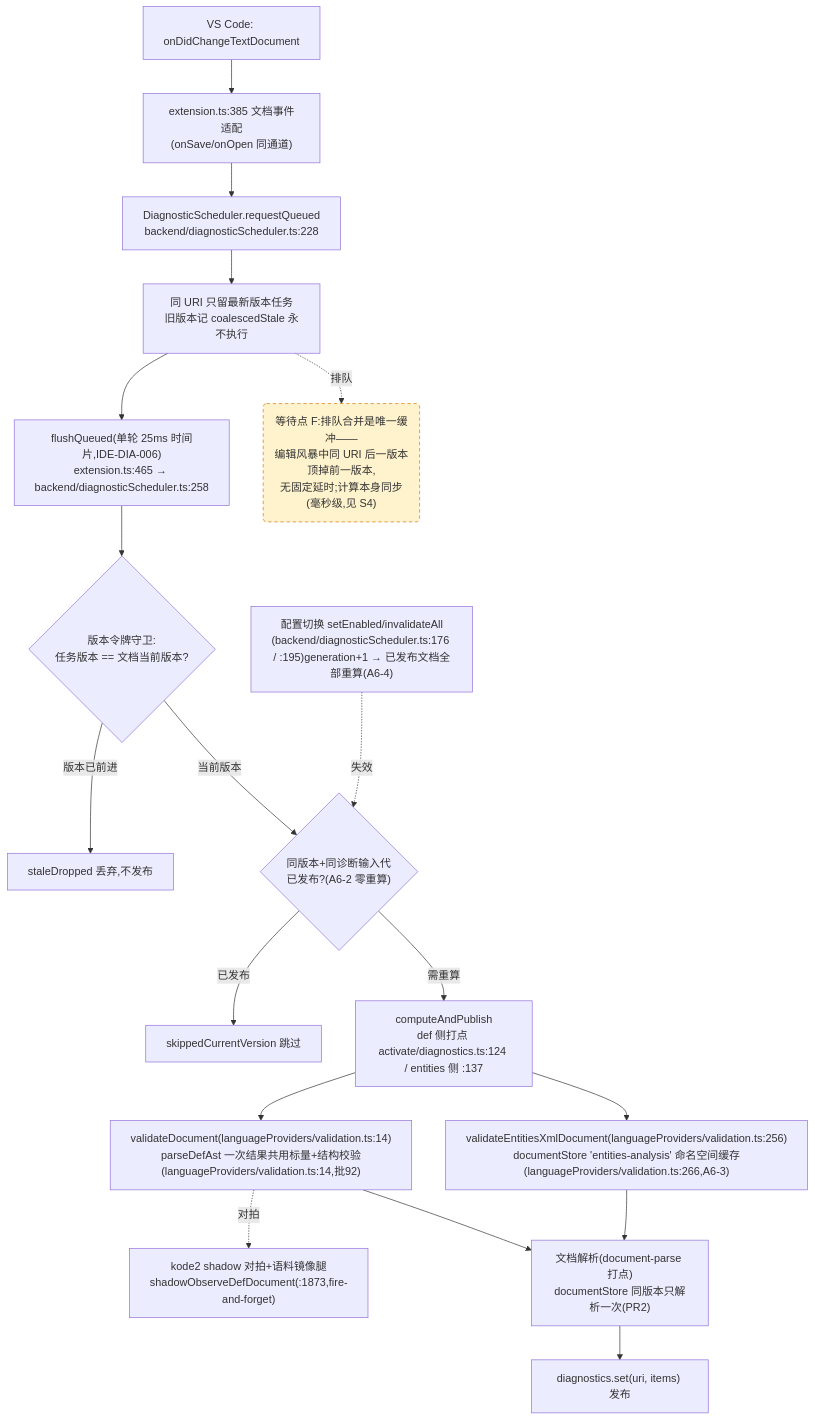
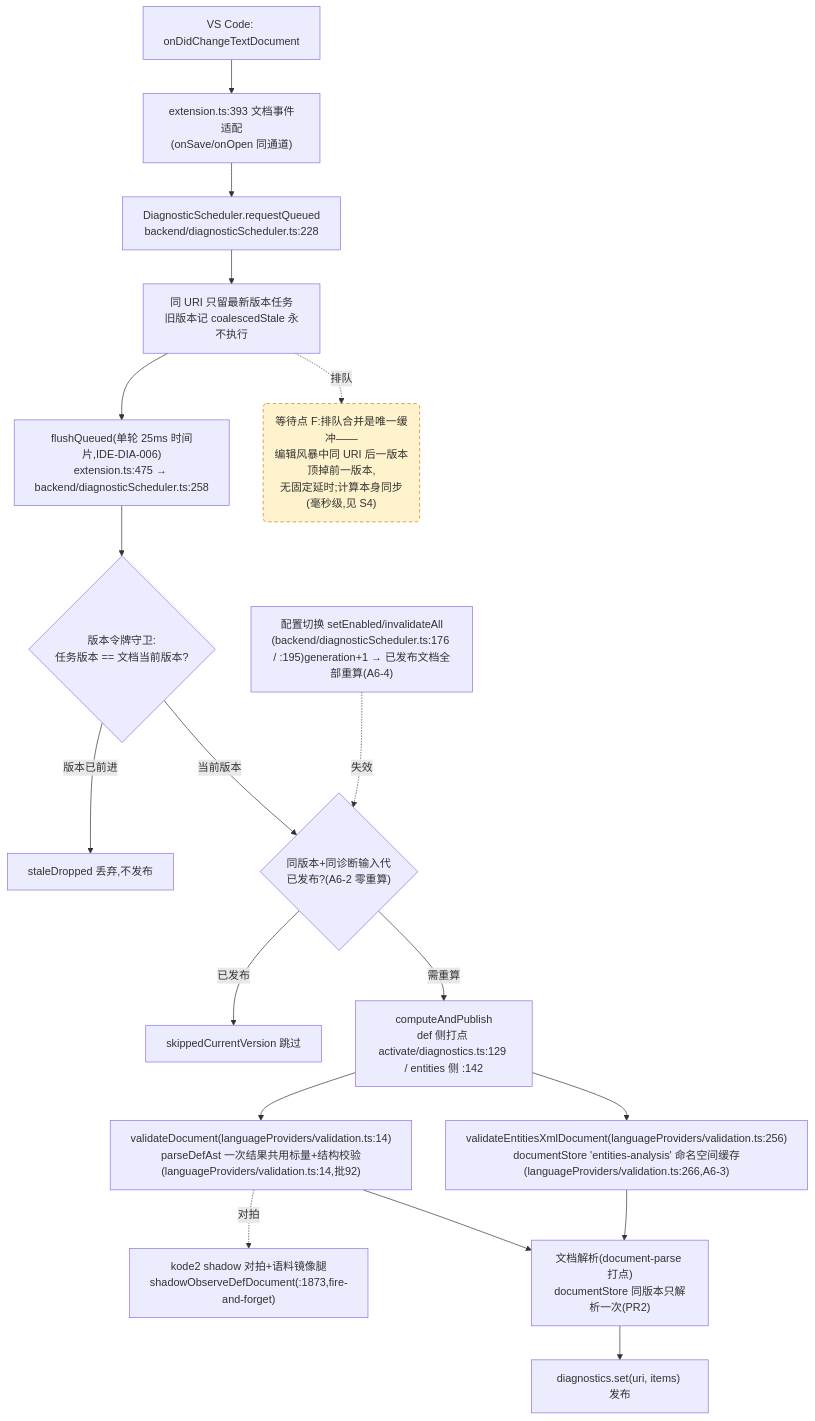
One commit to cuihairu/kode changed the fourth of 4 diagrams in docs/perf/2026-baseline.md. Above: the diagram before and after it, drawn with Mermaid. The commit also changed 8 other files, not shown here.

````diff
--- a/docs/perf/2026-baseline.md
+++ b/docs/perf/2026-baseline.md
@@ -214,38 +214,38 @@
 ```mermaid
 flowchart TD
   CHG["VS Code: onDidChangeTextDocument"]
-  WATCH["extension.ts:385 文档事件适配<br/>(onSave/onOpen 同通道)"]
+  WATCH["extension.ts:393 文档事件适配<br/>(onSave/onOpen 同通道)"]
   RQ["DiagnosticScheduler.requestQueued<br/>backend/diagnosticScheduler.ts:228"]
   CO["同 URI 只留最新版本任务<br/>旧版本记 coalescedStale 永不执行"]
-  FL["flushQueued(单轮 25ms 时间片,IDE-DIA-006)<br/>extension.ts:465 → backend/diagnosticScheduler.ts:258"]
+  FL["flushQueued(单轮 25ms 时间片,IDE-DIA-006)<br/>extension.ts:475 → backend/diagnosticScheduler.ts:258"]
   VG{"版本令牌守卫:<br/>任务版本 == 文档当前版本?"}
   DROP["staleDropped 丢弃,不发布"]
   GEN{"同版本+同诊断输入代<br/>已发布?(A6-2 零重算)"}
   SKIP["skippedCurrentVersion 跳过"]
-  CALC["computeAndPublish<br/>def 侧打点 activate/diagnostics.ts:124 / entities 侧 :137"]
+  CALC["computeAndPublish<br/>def 侧打点 activate/diagnostics.ts:129 / entities 侧 :142"]
   VD["validateDocument(languageProviders/validation.ts:14)<br/>parseDefAst 一次结果共用标量+结构校验(languageProviders/validation.ts:14,批92)"]
   VEX["validateEntitiesXmlDocument(languageProviders/validation.ts:256)<br/>documentStore 'entities-analysis' 命名空间缓存(languageProviders/validation.ts:266,A6-3)"]
   SHDD["kode2 shadow 对拍+语料镜像腿<br/>shadowObserveDefDocument(:1873,fire-and-forget)"]
   DS["文档解析(document-parse 打点)<br/>documentStore 同版本只解析一次(PR2)"]
   PUB["diagnostics.set(uri, items) 发布"]
   CFG2["配置切换 setEnabled/invalidateAll<br/>(backend/diagnosticScheduler.ts:176 / :195)generation+1 → 已发布文档全部重算(A6-4)"]
 
   CHG --> WATCH --> RQ --> CO --> FL --> VG
   VG -- "版本已前进" --> DROP
   VG -- "当前版本" --> GEN
   GEN -- "已发布" --> SKIP
   GEN -- "需重算" --> CALC
   CALC --> VD
   CALC --> VEX
   VD --> DS
   VEX --> DS
   DS --> PUB
   VD -.->|对拍| SHDD
   CFG2 -.->|失效| GEN
 
   WAITF("等待点 F:排队合并是唯一缓冲——<br/>编辑风暴中同 URI 后一版本顶掉前一版本,<br/>无固定延时;计算本身同步(毫秒级,见 S4)")
   CO -.->|排队| WAITF
 
   classDef waitPoint fill:#fff3cd,stroke:#d97706,stroke-dasharray:5 4;
   class WAITF waitPoint;
 ```
````
